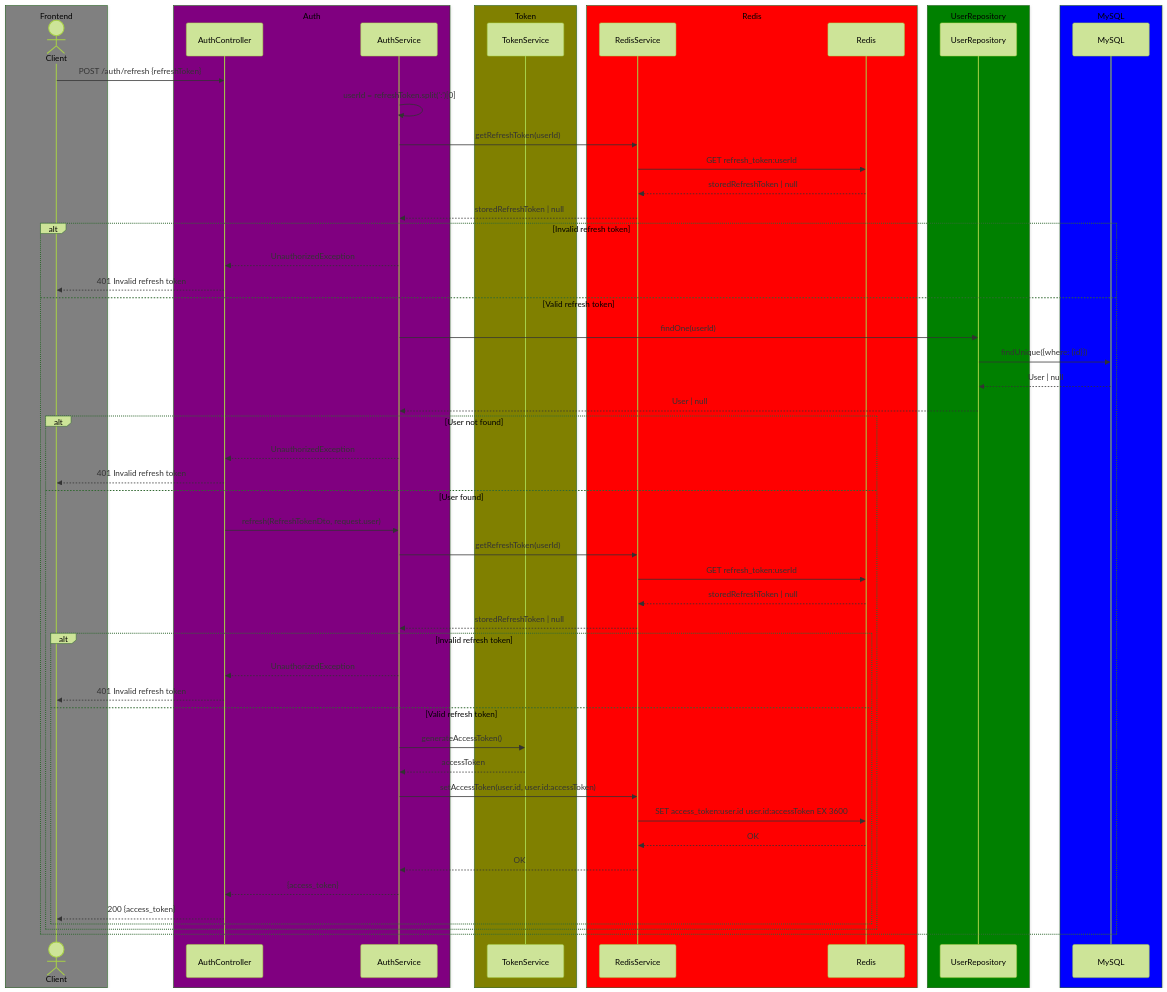
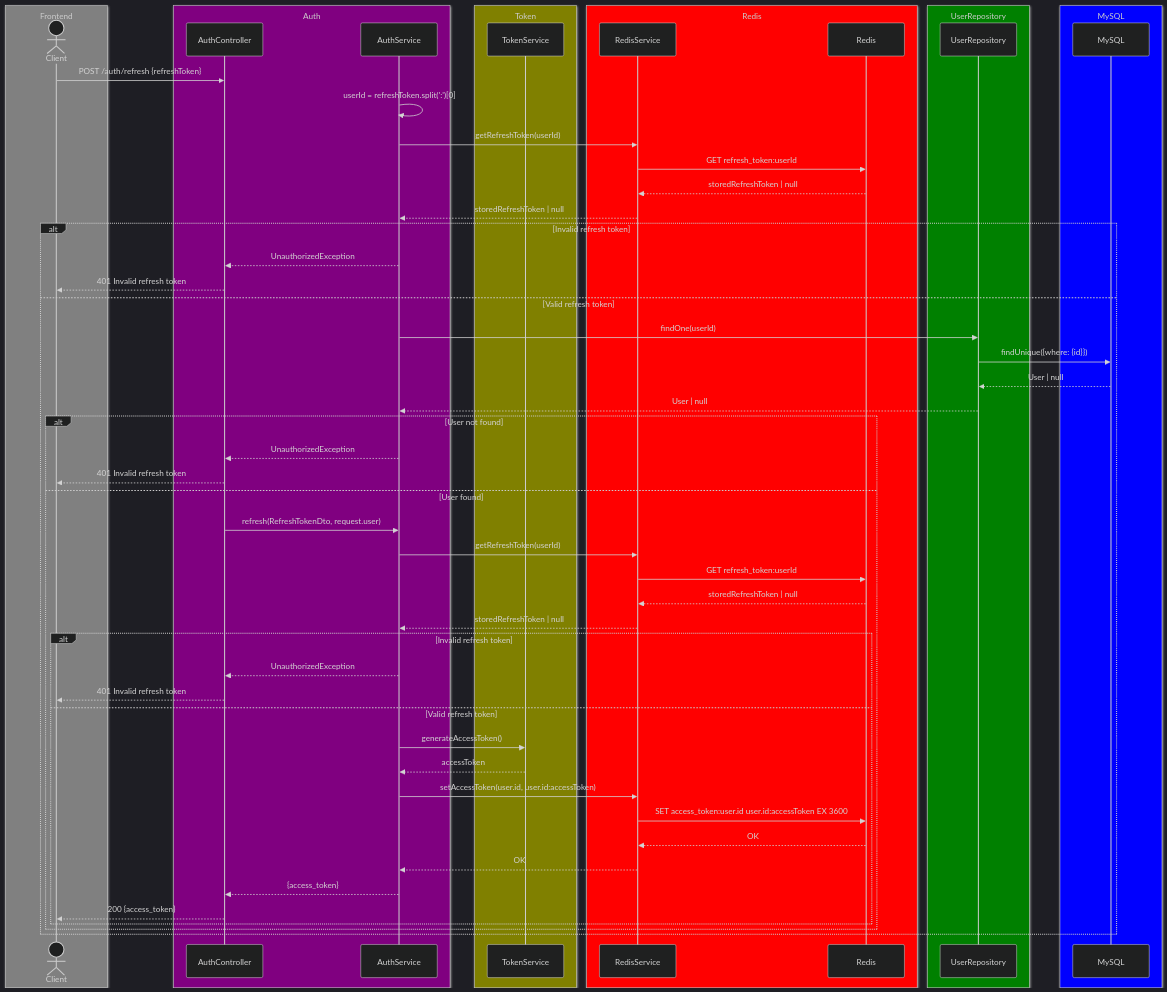
One commit to hamidehalaee/nestjs_ddd_skeleton changed the diagram in docs/auth/refresh-token.md. Above: the diagram before and after it, drawn with Mermaid.

Commit message:
Change mermaid theme from 'forest' to 'dark'

````diff
--- a/docs/auth/refresh-token.md
+++ b/docs/auth/refresh-token.md
@@ -1,79 +1,79 @@
 ```mermaid
 ---
 config:
-  theme: 'forest'
+  theme: 'dark'
   themeVariables:
     primaryColor: '#BB2528'
     primaryTextColor: '#fff'
     primaryBorderColor: '#fff'
     lineColor: '#F8B229'
     secondaryColor: '#006100'
     tertiaryColor: '#fff'
 ---
 sequenceDiagram
   box Gray Frontend
   actor Client
   end
 
   box Purple Auth
   participant AuthController
   participant AuthService
   end
 
   box Olive Token
   participant TokenService
   end
 
   box Red Redis
   participant RedisService
   participant Redis
   end
 
   box Green UserRepository
   participant UserRepo as UserRepository
   end
 
   box Blue MySQL
   participant MySQL
   end
 
 %% Refresh Flow with Validation
   Client->>AuthController: POST /auth/refresh {refreshToken}
   AuthService->> AuthService: userId = refreshToken.split(':')[0]
   AuthService->>RedisService: getRefreshToken(userId)
   RedisService->>Redis: GET refresh_token:userId
   Redis-->>RedisService: storedRefreshToken | null
   RedisService-->>AuthService: storedRefreshToken | null
   alt Invalid refresh token
     AuthService-->>AuthController: UnauthorizedException
     AuthController-->>Client: 401 Invalid refresh token
   else Valid refresh token
     AuthService->>UserRepo: findOne(userId)
     UserRepo->>MySQL: findUnique({where: {id}})
     MySQL-->>UserRepo: User | null
     UserRepo-->>AuthService: User | null
     alt User not found
       AuthService-->>AuthController: UnauthorizedException
       AuthController-->>Client: 401 Invalid refresh token
     else User found
       AuthController->>AuthService: refresh(RefreshTokenDto, request.user)
       AuthService->>RedisService: getRefreshToken(userId)
       RedisService->>Redis: GET refresh_token:userId
       Redis-->>RedisService: storedRefreshToken | null
       RedisService-->>AuthService: storedRefreshToken | null
       alt Invalid refresh token
         AuthService-->>AuthController: UnauthorizedException
         AuthController-->>Client: 401 Invalid refresh token
       else Valid refresh token
         AuthService->>TokenService: generateAccessToken()
         TokenService-->>AuthService: accessToken
         AuthService->>RedisService: setAccessToken(user.id, user.id:accessToken)
         RedisService->>Redis: SET access_token:user.id user.id:accessToken EX 3600
         Redis-->>RedisService: OK
         RedisService-->>AuthService: OK
         AuthService-->>AuthController: {access_token}
         AuthController-->>Client: 200 {access_token}
       end
     end
   end
 ```
````
